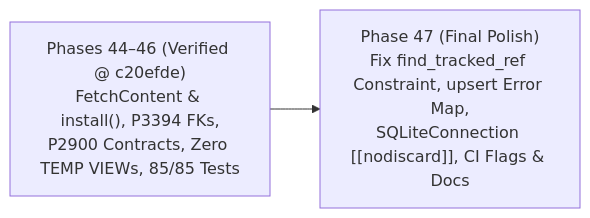
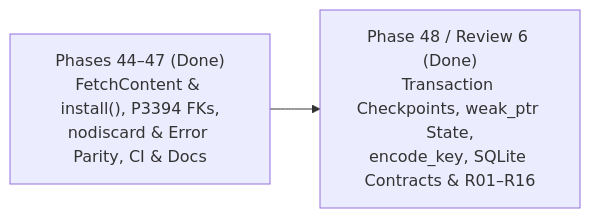
The second of 2 diagrams in readme4.md (mythrz/CodeFirstCppDB_sqlgen), drawn with Mermaid before and after one commit. The commit also changed other lines of this file and 13 other files, not shown here.

````diff
--- a/readme4.md
+++ b/readme4.md
@@ -312,4 +286,4 @@
 ```mermaid
 flowchart LR
-    P44["Phases 44–46 (Verified @ c20efde)<br/>FetchContent &amp; install(), P3394 FKs,<br/>P2900 Contracts, Zero TEMP VIEWs, 85/85 Tests"] --> P47["Phase 47 (Final Polish)<br/>Fix find_tracked_ref Constraint, upsert Error Map,<br/>SQLiteConnection [[nodiscard]], CI Flags &amp; Docs"]
+    P44["Phases 44–47 (Done)<br/>FetchContent &amp; install(), P3394 FKs,<br/>nodiscard &amp; Error Parity, CI &amp; Docs"] --> P48["Phase 48 / Review 6 (Done)<br/>Transaction Checkpoints, weak_ptr State,<br/>encode_key, SQLite Contracts &amp; R01–R16"]
 ```
````
